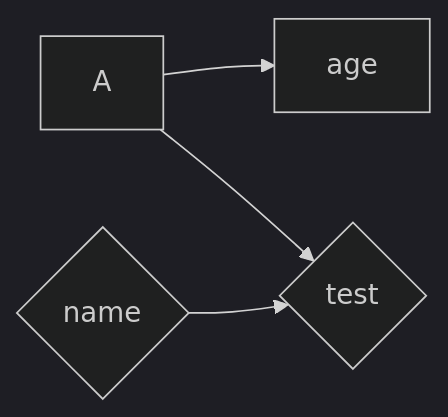
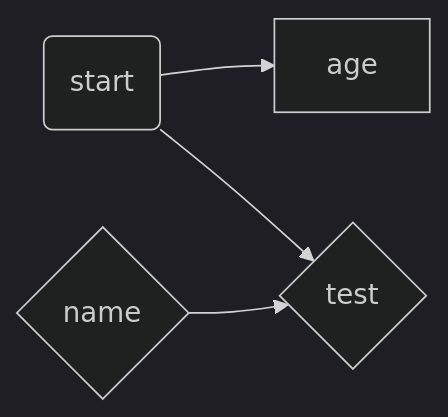
Before and after one commit to Alex-Rafter/wiki: the diagram in daily/2023-04-23.md, drawn with Mermaid (dark theme).

````diff
--- a/daily/2023-04-23.md
+++ b/daily/2023-04-23.md
@@ -5,6 +5,6 @@
 ```mermaid
 graph LR;
-    A-->B[age];
+    A(start)-->B[age];
     C{name}-->D;
     A-->D{test};
 ```
````
